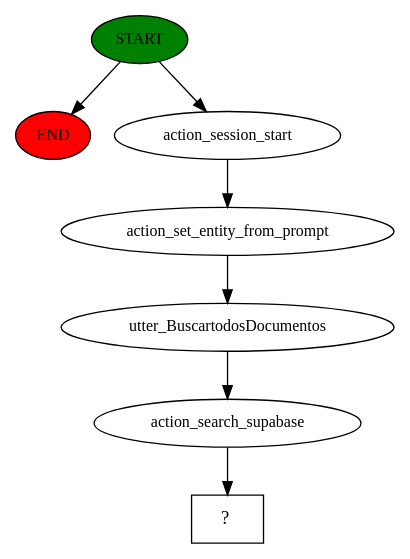
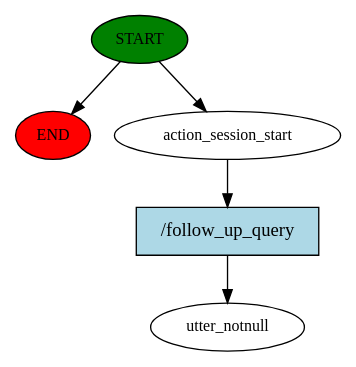
One commit to guimaraesdev0/IASEI-RasaPY changed the diagram in story_graph.dot. Above: the diagram before and after it, drawn with Graphviz. The commit also changed 4 other files, not shown here.

```diff
--- a/story_graph.dot
+++ b/story_graph.dot
@@ -1,15 +1,11 @@
 digraph  {
 0 [class="start active", fillcolor=green, fontsize=12, label=START, style=filled];
 "-1" [class=end, fillcolor=red, fontsize=12, label=END, style=filled];
 1 [class=active, fontsize=12, label=action_session_start];
-2 [class=active, fontsize=12, label=action_set_entity_from_prompt];
-3 [class=active, fontsize=12, label=utter_BuscartodosDocumentos];
-4 [class=active, fontsize=12, label=action_search_supabase];
-5 [class="intent dashed active", label="  ?  ", shape=rect];
+2 [class="dashed active", fontsize=12, label=utter_notnull];
+3 [class="intent active", fillcolor=lightblue, label="/follow_up_query", shape=rect, style=filled];
 0 -> "-1"  [class="", key=NONE, label=""];
 0 -> 1  [class=active, key=NONE, label=""];
-1 -> 2  [class=active, key=NONE, label=""];
-2 -> 3  [class=active, key=NONE, label=""];
-3 -> 4  [class=active, key=NONE, label=""];
-4 -> 5  [class=active, key=NONE, label=""];
+1 -> 3  [class=active, key=0];
+3 -> 2  [class=active, key=0];
 }
```
